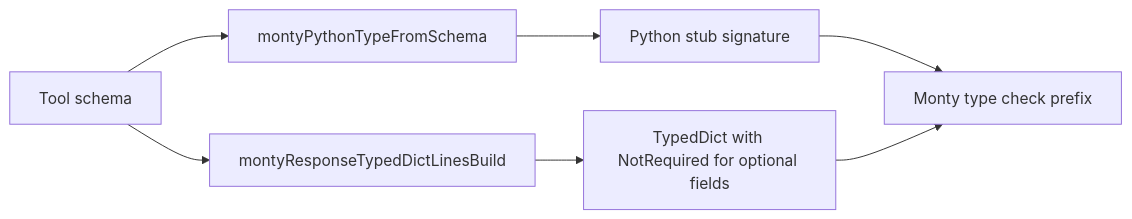
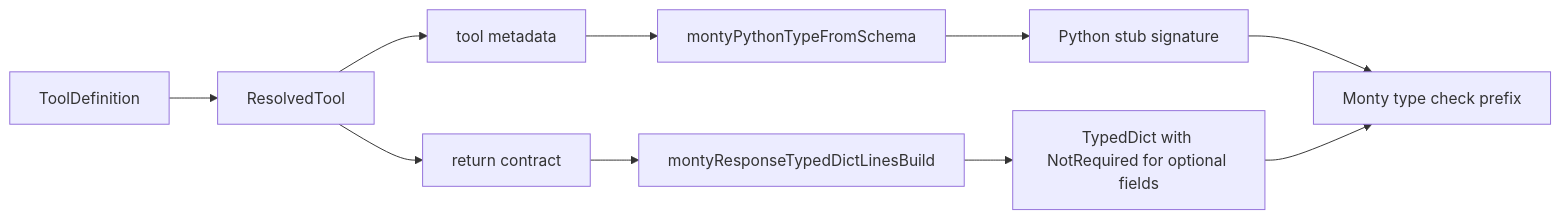
The second of 2 diagrams in doc/monty-tool-serialization.md (ex3ndr/daycare), drawn with Mermaid before and after one commit. The commit also changed other lines of this file and 27 other files, not shown here.

Commit message:
refactor: replace hidden tool schemas with resolved tools

````diff
--- a/doc/monty-tool-serialization.md
+++ b/doc/monty-tool-serialization.md
@@ -31,9 +32,12 @@
 ```mermaid
 flowchart LR
-    A[Tool schema] --> B[montyPythonTypeFromSchema]
-    A --> C[montyResponseTypedDictLinesBuild]
-    B --> D[Python stub signature]
-    C --> E[TypedDict with NotRequired for optional fields]
-    D --> F[Monty type check prefix]
-    E --> F
+    A[ToolDefinition] --> B[ResolvedTool]
+    B --> C[tool metadata]
+    B --> D[return contract]
+    C --> E[montyPythonTypeFromSchema]
+    D --> F[montyResponseTypedDictLinesBuild]
+    E --> G[Python stub signature]
+    F --> H[TypedDict with NotRequired for optional fields]
+    G --> I[Monty type check prefix]
+    H --> I
 ```
````
